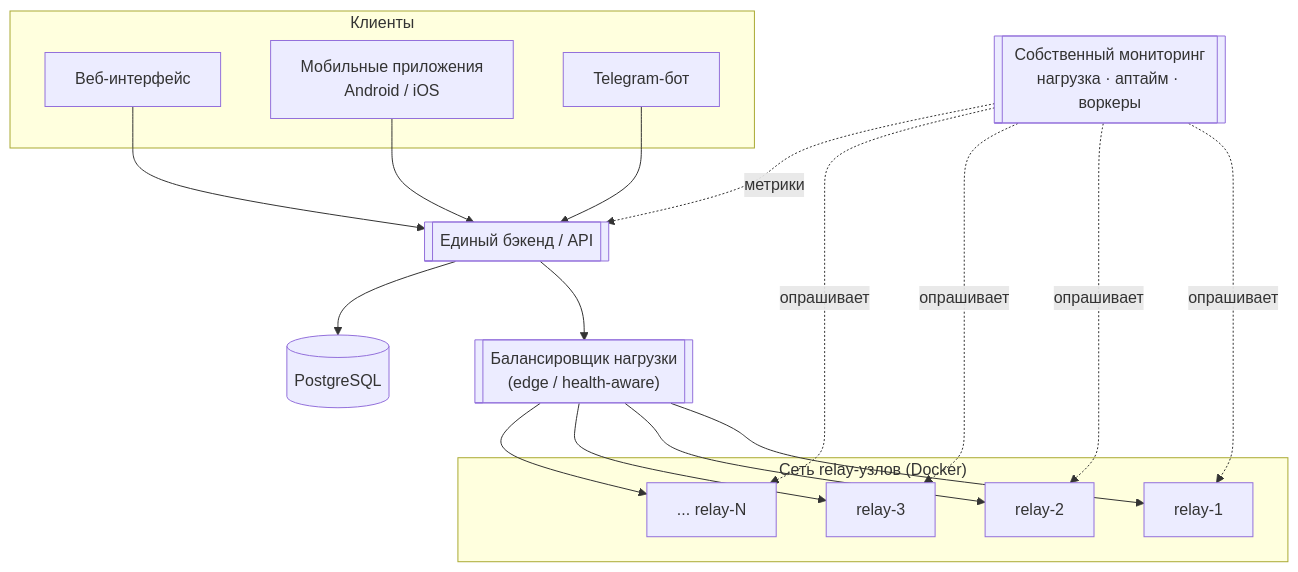
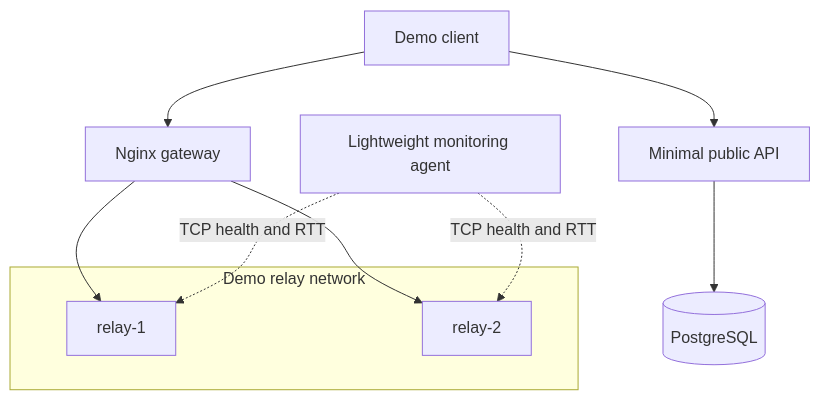
Before and after one commit to downmeansoff/distributed-relay-platform: the second of 3 diagrams in README.md, drawn with Mermaid. The commit also changed other lines of this file, not shown here.

Commit message:
docs: present full sanitized platform architecture

````diff
--- a/README.md
+++ b/README.md
@@ -20,30 +130,20 @@
 ```mermaid
 flowchart TD
-    subgraph Clients["Клиенты"]
-        WEB[Веб-интерфейс]
-        MOB[Мобильные приложения<br/>Android / iOS]
-        TG[Telegram-бот]
+    CLIENT[Demo client]
+    GATEWAY[Nginx gateway]
+
+    subgraph Relays[Demo relay network]
+        R1[relay-1]
+        R2[relay-2]
     end
 
-    LB[["Балансировщик нагрузки<br/>(edge / health-aware)"]]
+    API[Minimal public API]
+    DB[(PostgreSQL)]
+    MON[Lightweight monitoring agent]
 
-    subgraph Relays["Сеть relay-узлов (Docker)"]
-        R1[relay-1]
-        R2[relay-2]
-        R3[relay-3]
-        RN[... relay-N]
-    end
-
-    API[["Единый бэкенд / API"]]
-    DB[(PostgreSQL)]
-    MON[["Собственный мониторинг<br/>нагрузка · аптайм · воркеры"]]
-
-    WEB --> API
-    MOB --> API
-    TG  --> API
-    API --> LB
-    LB --> R1 & R2 & R3 & RN
+    CLIENT --> GATEWAY
+    GATEWAY --> R1 & R2
+    CLIENT --> API
     API --> DB
-    MON -. опрашивает .-> R1 & R2 & R3 & RN
-    MON -. метрики .-> API
+    MON -. TCP health and RTT .-> R1 & R2
 ```
````
